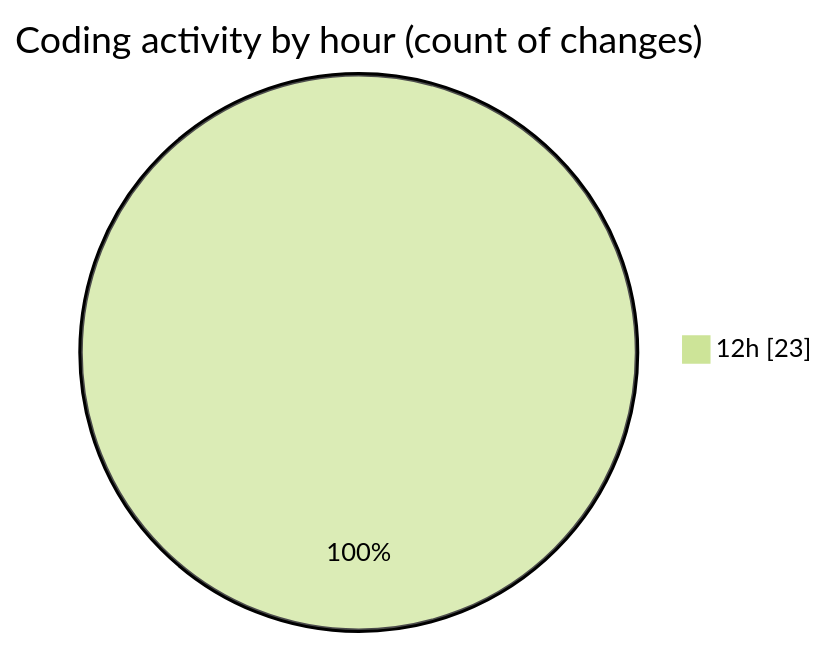
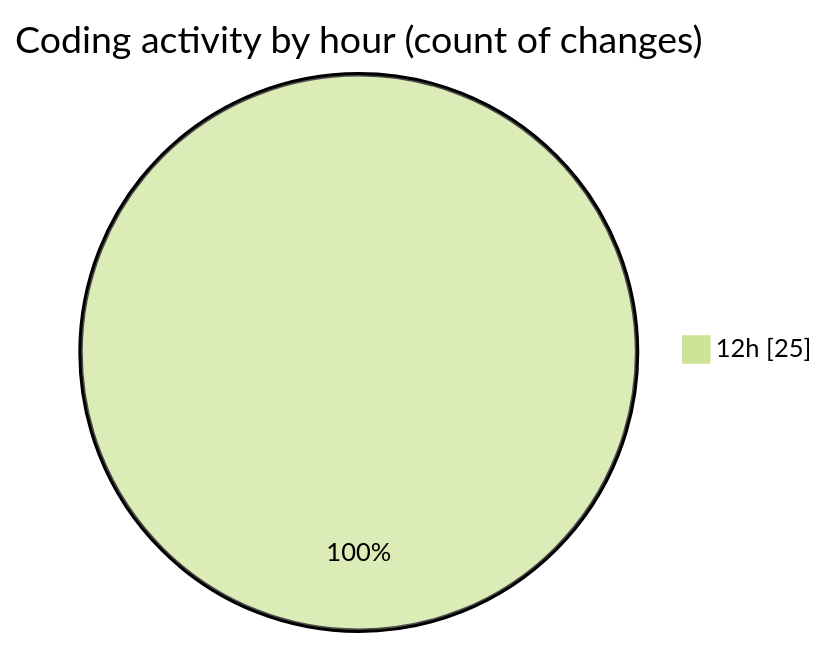
Before and after one commit to momahboobian/code-tracking: the second of 2 diagrams in 2025-08-15/cda/README.md, drawn with Mermaid (forest theme). The commit also changed other lines of this file and 1 other file, not shown here.

````diff
--- a/2025-08-15/cda/README.md
+++ b/2025-08-15/cda/README.md
@@ -36,5 +36,5 @@
 ```mermaid
 pie showData
 title Coding activity by hour (count of changes)
-"12h" : 23
+"12h" : 25
 ```
````
